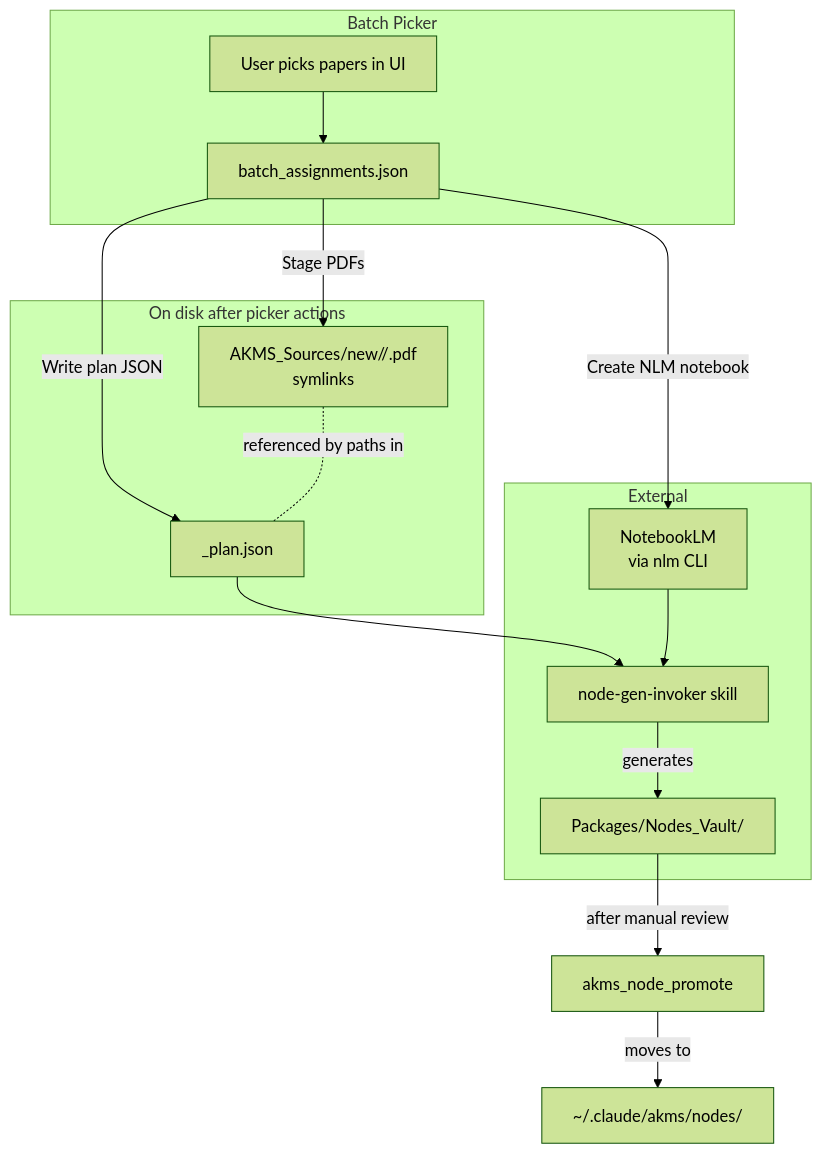
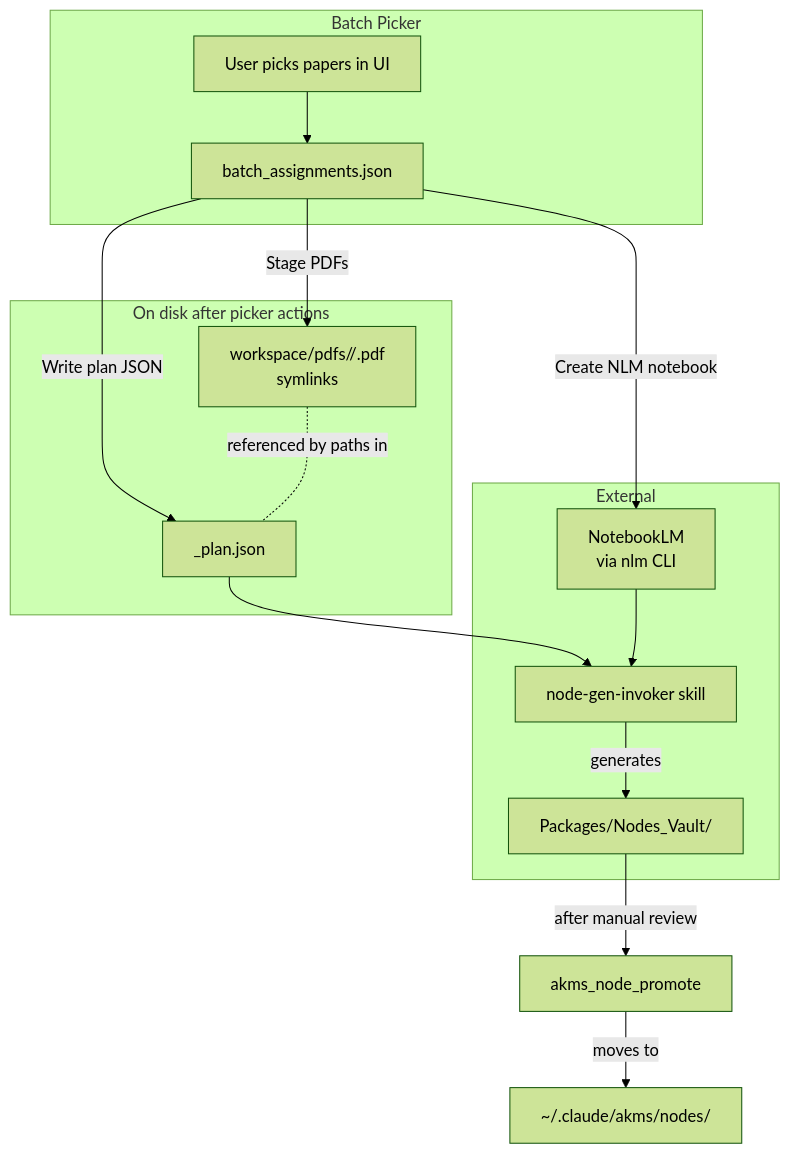
The diagram in docs/reference/nodes-gen/batch-picker/pipeline-integration.md (CEmM2/AKMS), drawn with Mermaid (forest theme) before and after one commit. The commit also changed other lines of this file and 26 other files, not shown here.

````diff
--- a/docs/reference/nodes-gen/batch-picker/pipeline-integration.md
+++ b/docs/reference/nodes-gen/batch-picker/pipeline-integration.md
@@ -9,31 +9,31 @@
 ```mermaid
 flowchart TD
     subgraph "Batch Picker"
       U[User picks papers in UI]
       A[batch_assignments.json]
       U --> A
     end
 
     subgraph "On disk after picker actions"
       P[<slug>_plan.json]
-      F[AKMS_Sources/new/<slug>/<citekey>.pdf<br/>symlinks]
+      F[workspace/pdfs/<slug>/<citekey>.pdf<br/>symlinks]
     end
 
     subgraph "External"
       NLM[NotebookLM<br/>via nlm CLI]
       INV[node-gen-invoker skill]
       VAULT[Packages/Nodes_Vault/]
     end
 
     A -->|Write plan JSON| P
     A -->|Stage PDFs| F
     A -->|Create NLM notebook| NLM
     F -.referenced by paths in.- P
 
     P --> INV
     NLM --> INV
     INV -->|generates| VAULT
 
     VAULT -->|after manual review| PROMOTE[akms_node_promote]
     PROMOTE -->|moves to| GLOBAL[~/.claude/akms/nodes/]
 ```
````
